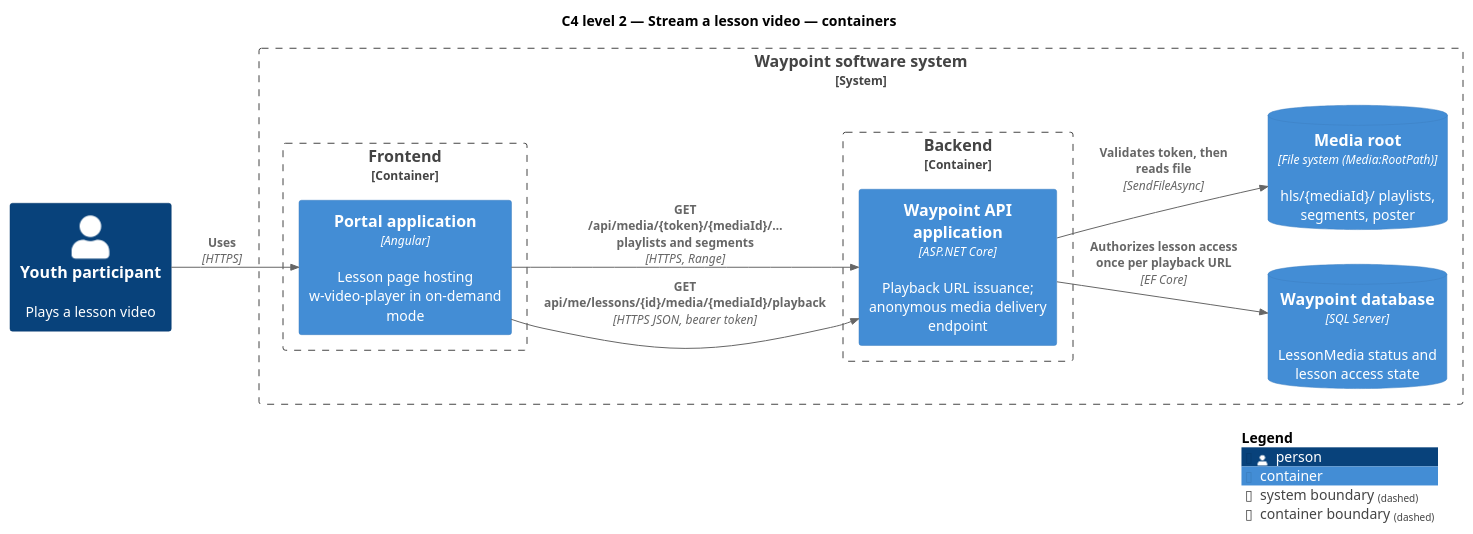
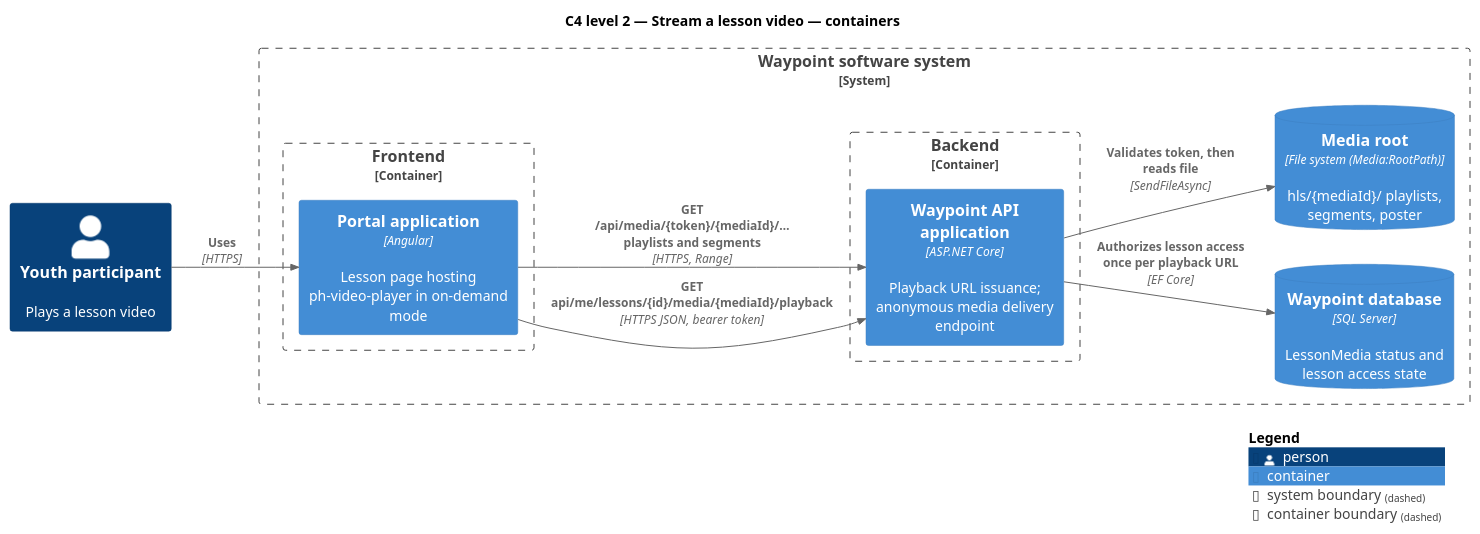
The diagram in docs/detailed-designs/learning-experience/stream-lesson-video/diagrams/c4-container.puml (QuinntyneBrown/waypoint), drawn with PlantUML before and after one commit. The commit also changed 549 other files, not shown here.

```diff
--- a/docs/detailed-designs/learning-experience/stream-lesson-video/diagrams/c4-container.puml
+++ b/docs/detailed-designs/learning-experience/stream-lesson-video/diagrams/c4-container.puml
@@ -1,22 +1,22 @@
 @startuml
 !include <C4/C4_Component>
 LAYOUT_LEFT_RIGHT()
 title C4 level 2 — Stream a lesson video — containers
 Person(youth, "Youth participant", "Plays a lesson video")
 System_Boundary(waypoint, "Waypoint software system") {
   Container_Boundary(frontend, "Frontend") {
-    Container(portal, "Portal application", "Angular", "Lesson page hosting w-video-player in on-demand mode")
+    Container(portal, "Portal application", "Angular", "Lesson page hosting ph-video-player in on-demand mode")
   }
   Container_Boundary(backend, "Backend") {
     Container(api, "Waypoint API application", "ASP.NET Core", "Playback URL issuance; anonymous media delivery endpoint")
   }
   ContainerDb(db, "Waypoint database", "SQL Server", "LessonMedia status and lesson access state")
   ContainerDb(store, "Media root", "File system (Media:RootPath)", "hls/{mediaId}/ playlists, segments, poster")
 }
 Rel(youth, portal, "Uses", "HTTPS")
 Rel(portal, api, "GET api/me/lessons/{id}/media/{mediaId}/playback", "HTTPS JSON, bearer token")
 Rel(api, db, "Authorizes lesson access once per playback URL", "EF Core")
 Rel(portal, api, "GET /api/media/{token}/{mediaId}/… playlists and segments", "HTTPS, Range")
 Rel(api, store, "Validates token, then reads file", "SendFileAsync")
 SHOW_LEGEND()
 @enduml
```
